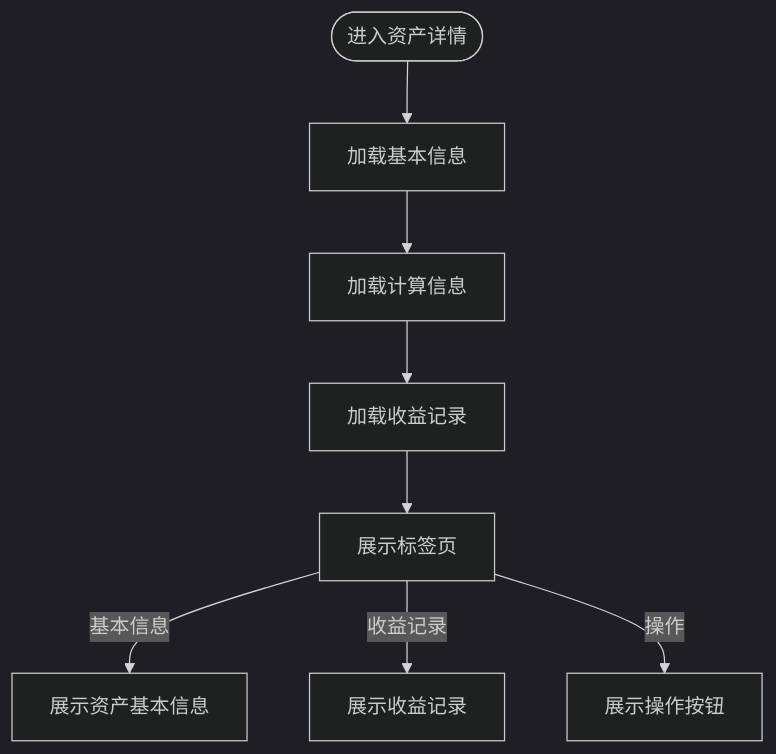
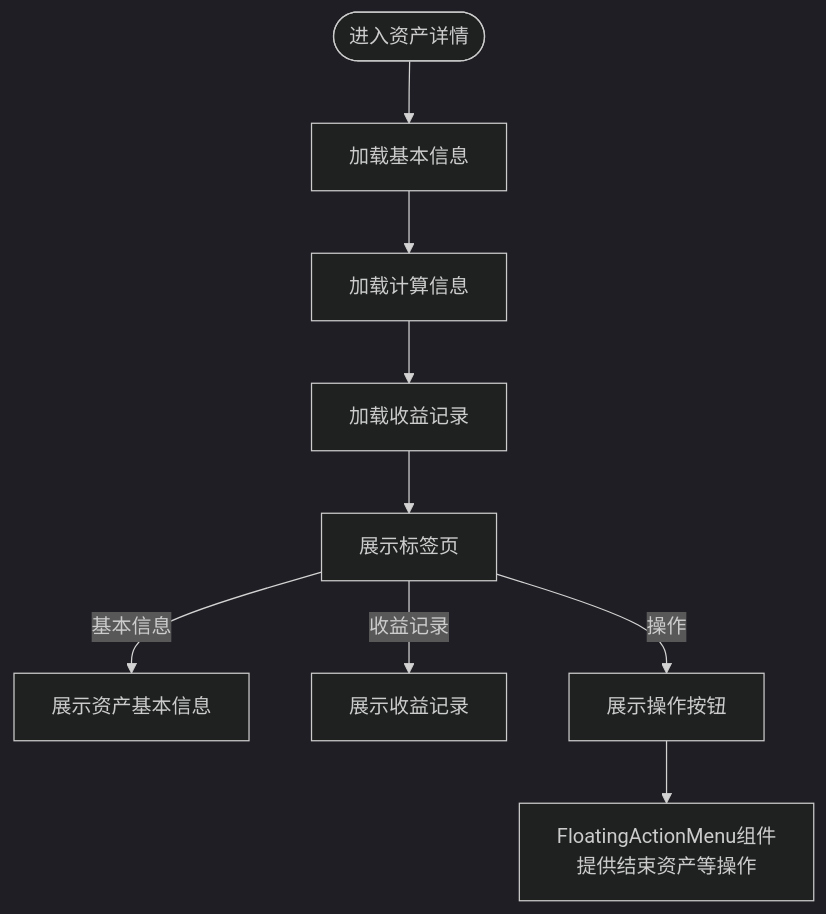
One commit to xiao-lin-unit/yuan changed the seventh of 14 diagrams in .qoder/repowiki/zh/content/资产管理/资产管理.md. Above: the diagram before and after it, drawn with Mermaid (dark theme). The commit also changed other lines of this file and 13 other files, not shown here.

````diff
--- a/.qoder/repowiki/zh/content/资产管理/资产管理.md
+++ b/.qoder/repowiki/zh/content/资产管理/资产管理.md
@@ -288,10 +348,11 @@
 ```mermaid
 flowchart TD
 Enter(["进入资产详情"]) --> LoadBasic["加载基本信息"]
 LoadBasic --> LoadCalc["加载计算信息"]
 LoadCalc --> LoadRecords["加载收益记录"]
 LoadRecords --> ShowTabs["展示标签页"]
 ShowTabs --> |基本信息| BasicInfo["展示资产基本信息"]
 ShowTabs --> |收益记录| IncomeRecords["展示收益记录"]
 ShowTabs --> |操作| Actions["展示操作按钮"]
+Actions --> FAM["FloatingActionMenu组件<br/>提供结束资产等操作"]
 ```
````
